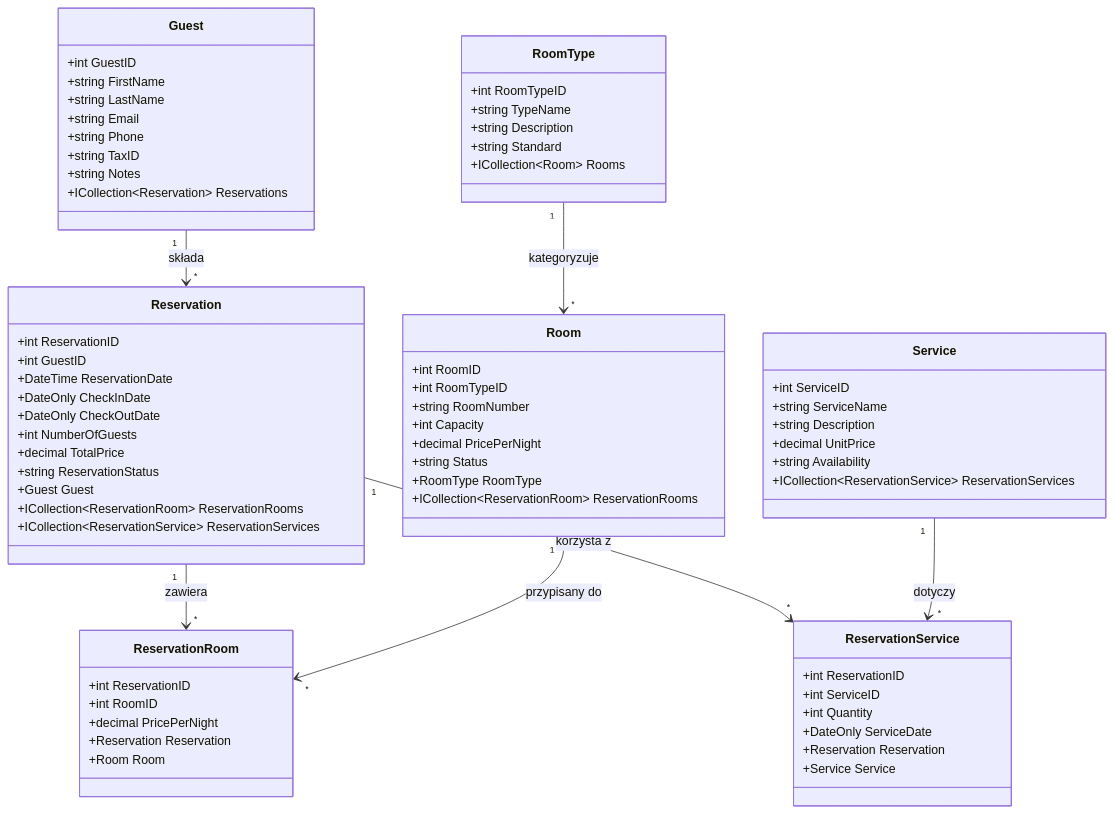
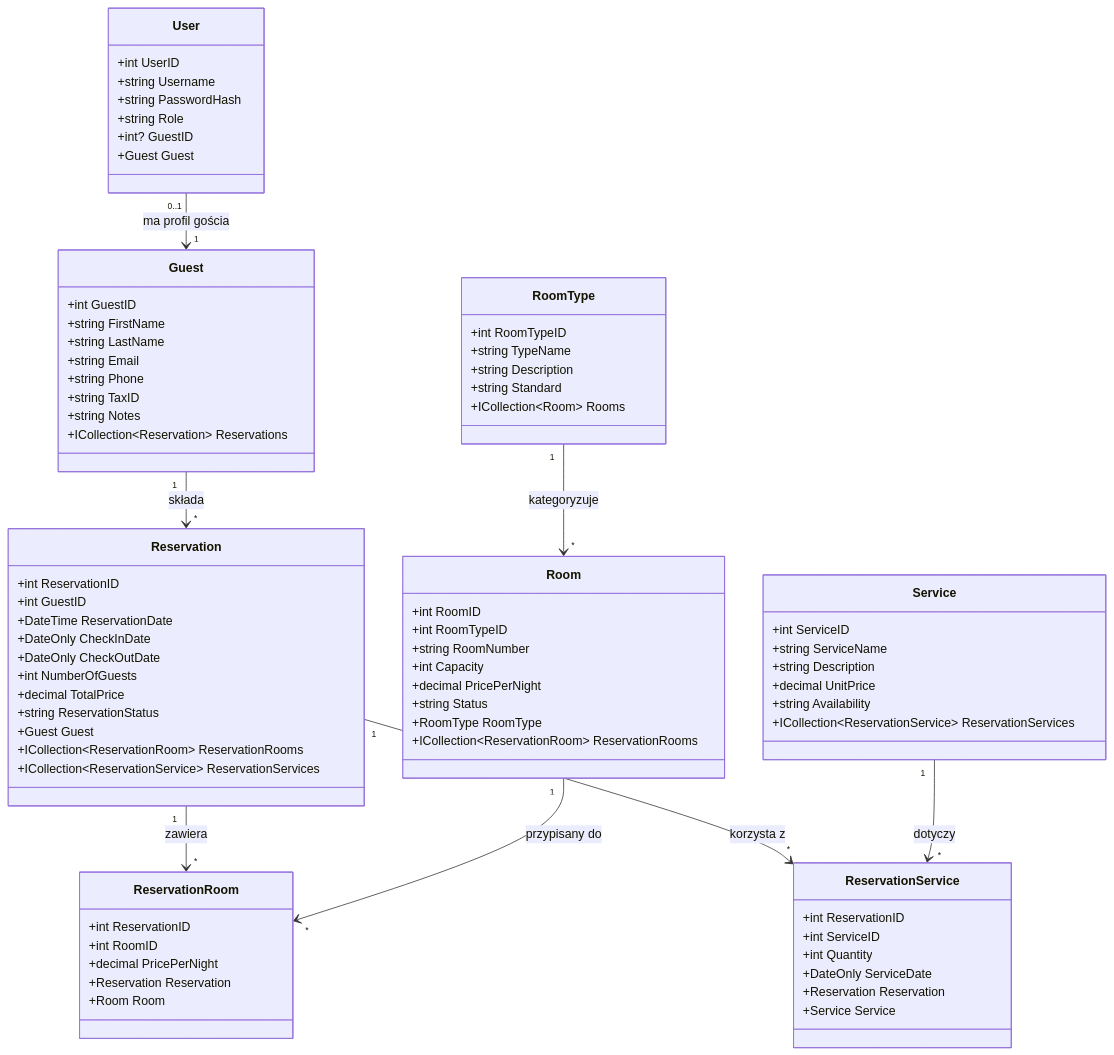
Before and after one commit to chamage/TB_NowyFolder: the second of 9 diagrams in TB_NowyFolder/Documentation/UML_Diagrams.md, drawn with Mermaid. The commit also changed other lines of this file and 5 other files, not shown here.

````diff
--- a/TB_NowyFolder/Documentation/UML_Diagrams.md
+++ b/TB_NowyFolder/Documentation/UML_Diagrams.md
@@ -86,6 +86,15 @@
         +string TaxID
         +string Notes
         +ICollection~Reservation~ Reservations
+    }
+
+    class User {
+        +int UserID
+        +string Username
+        +string PasswordHash
+        +string Role
+        +int? GuestID
+        +Guest Guest
     }
 
     class Reservation {
@@ -153,4 +162,5 @@
     Room "1" --> "*" ReservationRoom : przypisany do
     RoomType "1" --> "*" Room : kategoryzuje
     Service "1" --> "*" ReservationService : dotyczy
+    User "0..1" --> "1" Guest : ma profil gościa
 ```
````
